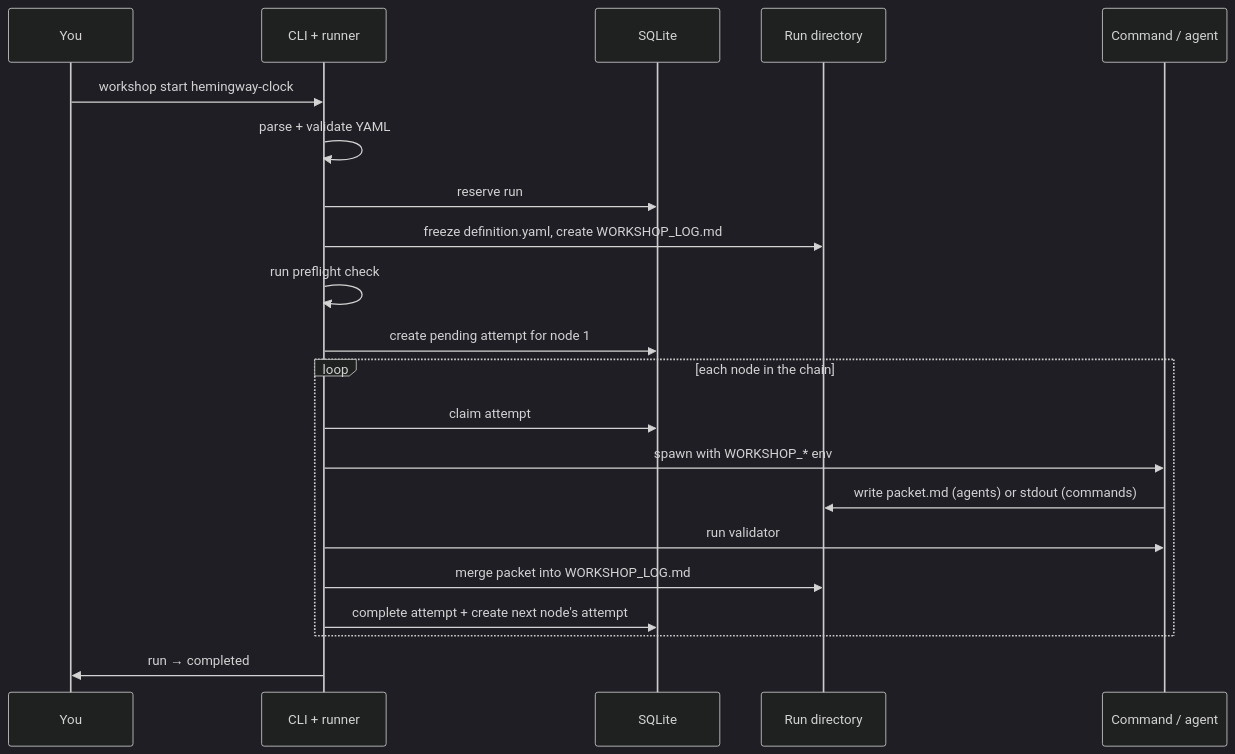
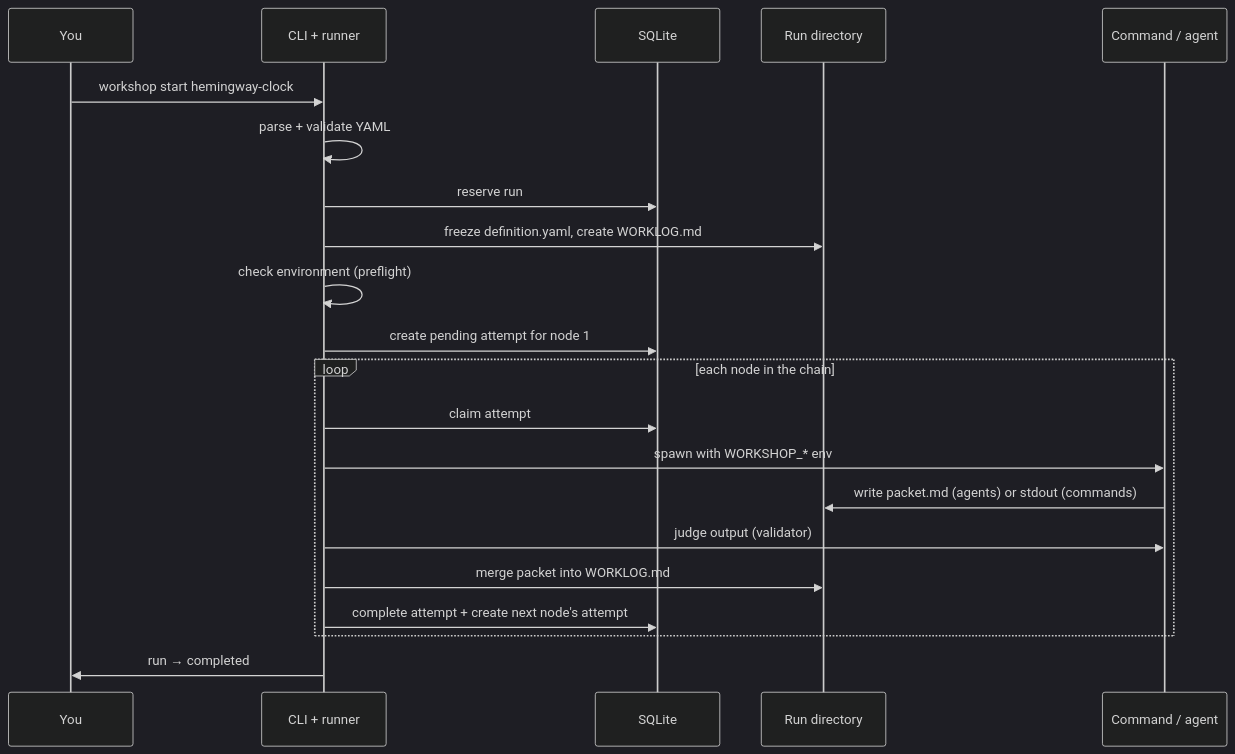
One commit to kaushikgopal/workshop changed the diagram in README.md. Above: the diagram before and after it, drawn with Mermaid (dark theme). The commit also changed other lines of this file and 114 other files, not shown here.

````diff
--- a/README.md
+++ b/README.md
@@ -65,24 +65,24 @@
 ```mermaid
 sequenceDiagram
   participant You
   participant CLI as CLI + runner
   participant DB as SQLite
   participant Dir as Run directory
   participant Proc as Command / agent
 
   You->>CLI: workshop start hemingway-clock
   CLI->>CLI: parse + validate YAML
   CLI->>DB: reserve run
-  CLI->>Dir: freeze definition.yaml, create WORKSHOP_LOG.md
-  CLI->>CLI: run preflight check
+  CLI->>Dir: freeze definition.yaml, create WORKLOG.md
+  CLI->>CLI: check environment (preflight)
   CLI->>DB: create pending attempt for node 1
   loop each node in the chain
     CLI->>DB: claim attempt
     CLI->>Proc: spawn with WORKSHOP_* env
     Proc->>Dir: write packet.md (agents) or stdout (commands)
-    CLI->>Proc: run validator
-    CLI->>Dir: merge packet into WORKSHOP_LOG.md
+    CLI->>Proc: judge output (validator)
+    CLI->>Dir: merge packet into WORKLOG.md
     CLI->>DB: complete attempt + create next node's attempt
   end
   CLI->>You: run → completed
 ```
````
